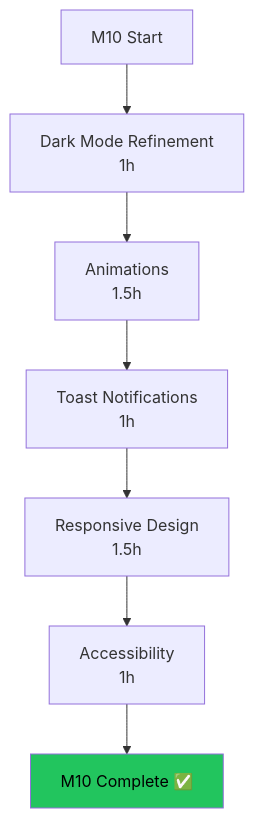
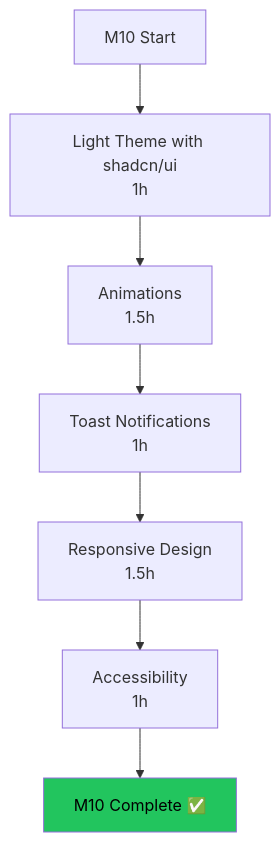
Diagram 11 of 17 in IMPLEMENTATION_PLAN.md (spken/delta), drawn with Mermaid before and after one commit. The commit also changed 6 other files, not shown here.

First line of the commit message:
docs: Update all documentation to reflect light theme refactor

````diff
--- a/IMPLEMENTATION_PLAN.md
+++ b/IMPLEMENTATION_PLAN.md
@@ -318,11 +318,11 @@
 ```mermaid
 graph TD
-    A[M10 Start] --> B[Dark Mode Refinement<br/>1h]
+    A[M10 Start] --> B[Light Theme with shadcn/ui<br/>1h]
     B --> C[Animations<br/>1.5h]
     C --> D[Toast Notifications<br/>1h]
     D --> E[Responsive Design<br/>1.5h]
     E --> F[Accessibility<br/>1h]
     F --> G[M10 Complete ✅]
 
     style G fill:#22c55e,color:#000
 ```
````
